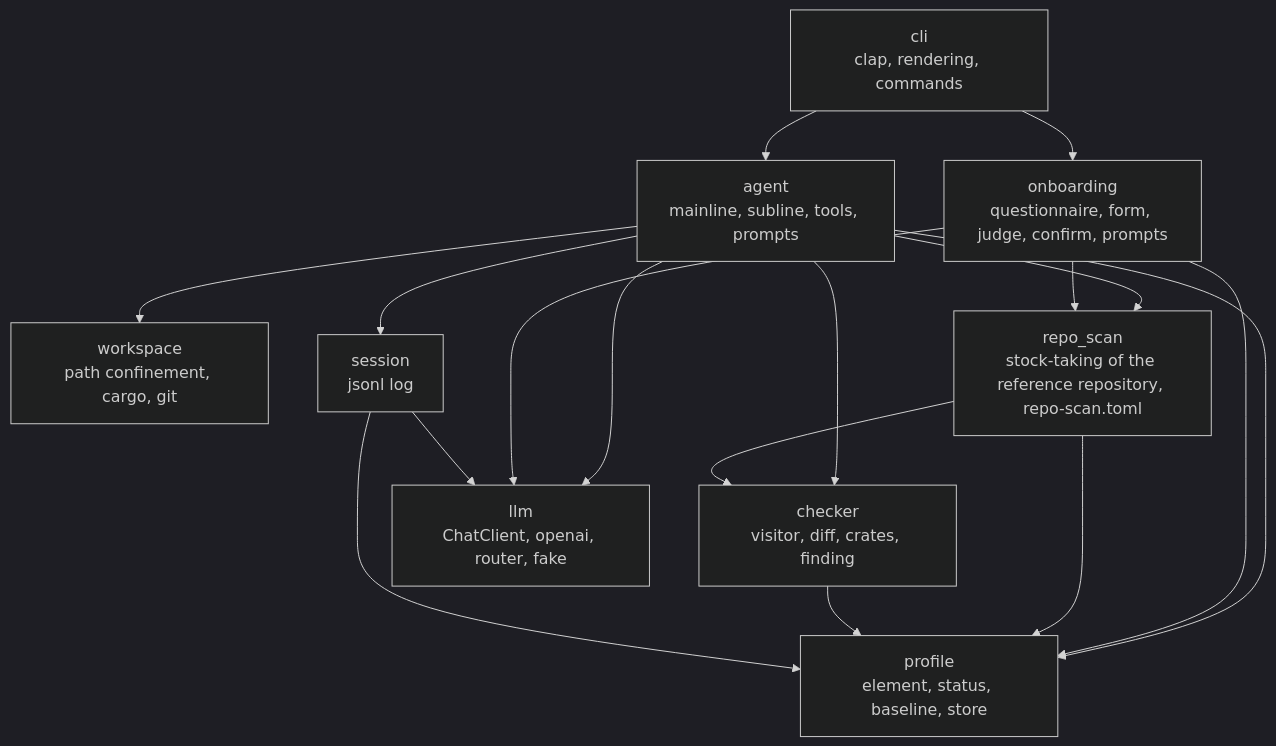
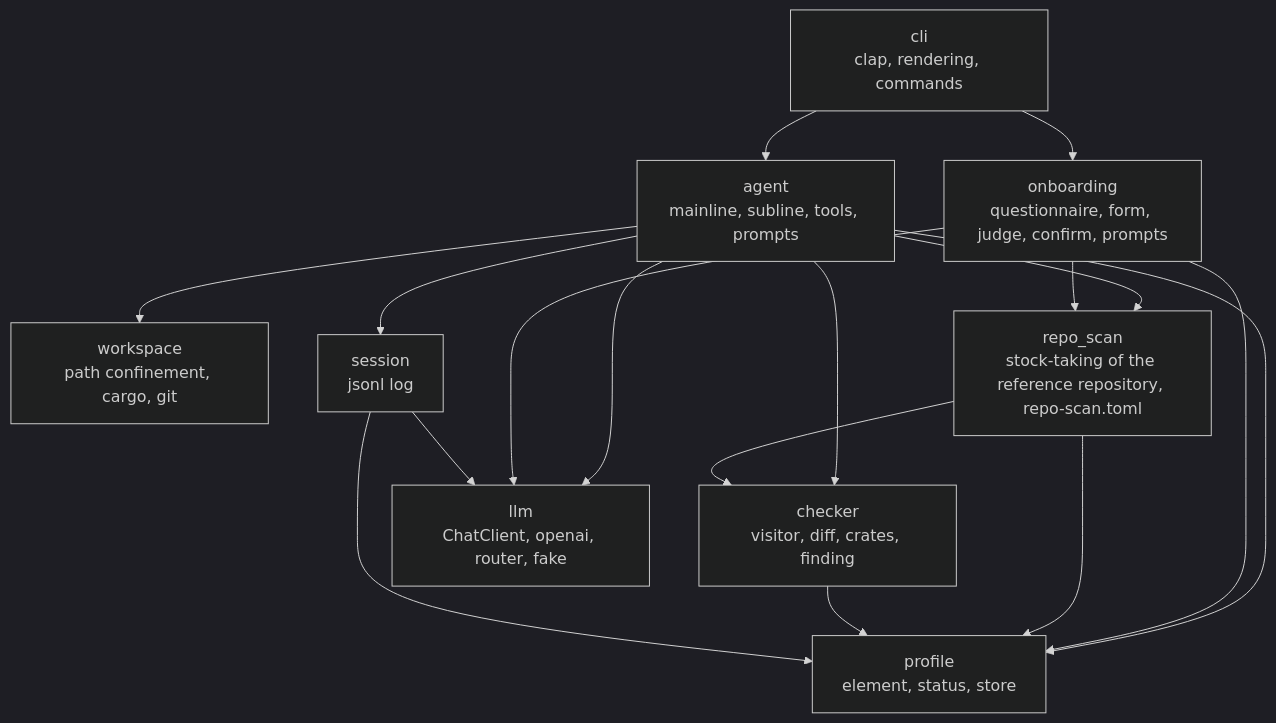
The seventh of 9 diagrams in PRD.md (sumiredc/molt), drawn with Mermaid (dark theme) before and after one commit. The commit also changed other lines of this file and 1 other file, not shown here.

````diff
--- a/PRD.md
+++ b/PRD.md
@@ -321,19 +323,19 @@
 ```mermaid
 flowchart TB
   cli["cli<br/>clap, rendering, commands"] --> agent["agent<br/>mainline, subline, tools, prompts"]
   cli --> onboarding["onboarding<br/>questionnaire, form, judge, confirm, prompts"]
   agent --> workspace["workspace<br/>path confinement, cargo, git"]
   agent --> checker["checker<br/>visitor, diff, crates, finding"]
   agent --> llm["llm<br/>ChatClient, openai, router, fake"]
-  agent --> profile["profile<br/>element, status, baseline, store"]
+  agent --> profile["profile<br/>element, status, store"]
   agent --> session["session<br/>jsonl log"]
   agent --> repo_scan["repo_scan<br/>stock-taking of the reference repository, repo-scan.toml"]
   onboarding --> llm
   onboarding --> profile
   onboarding --> repo_scan
   repo_scan --> checker
   repo_scan --> profile
   checker --> profile
   session --> llm
   session --> profile
 ```
````
